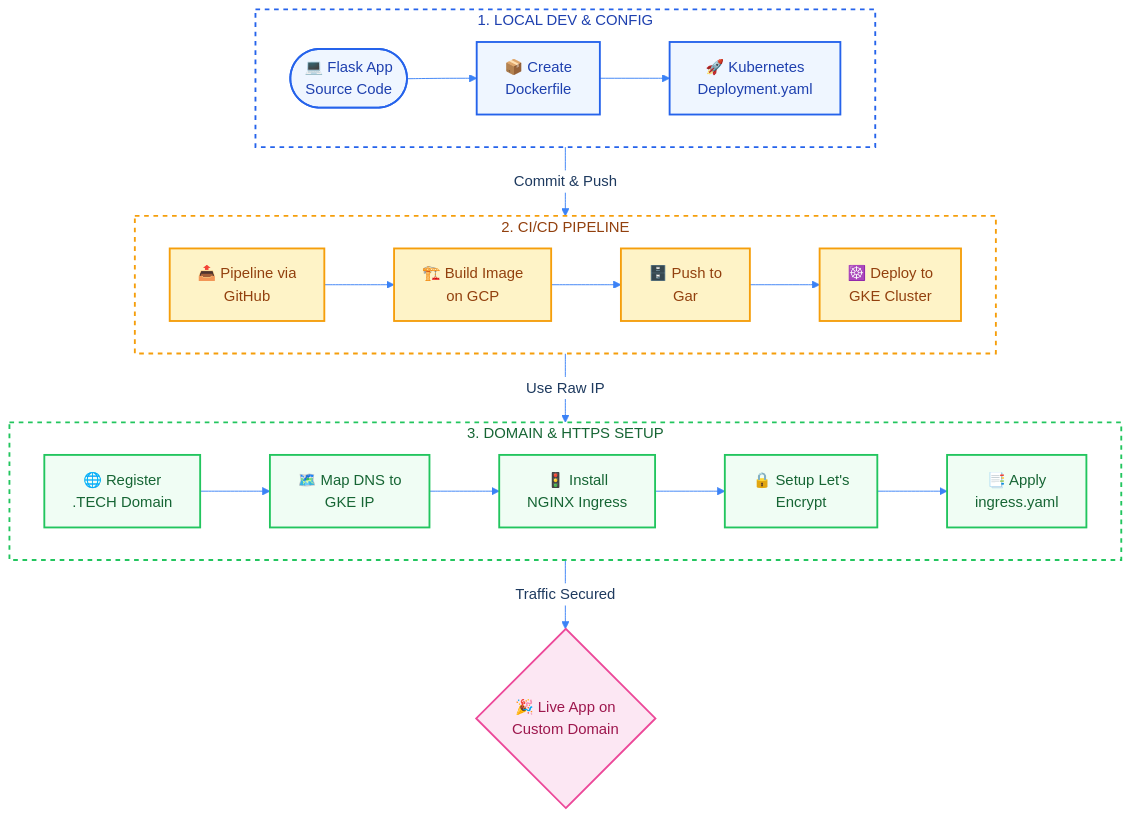
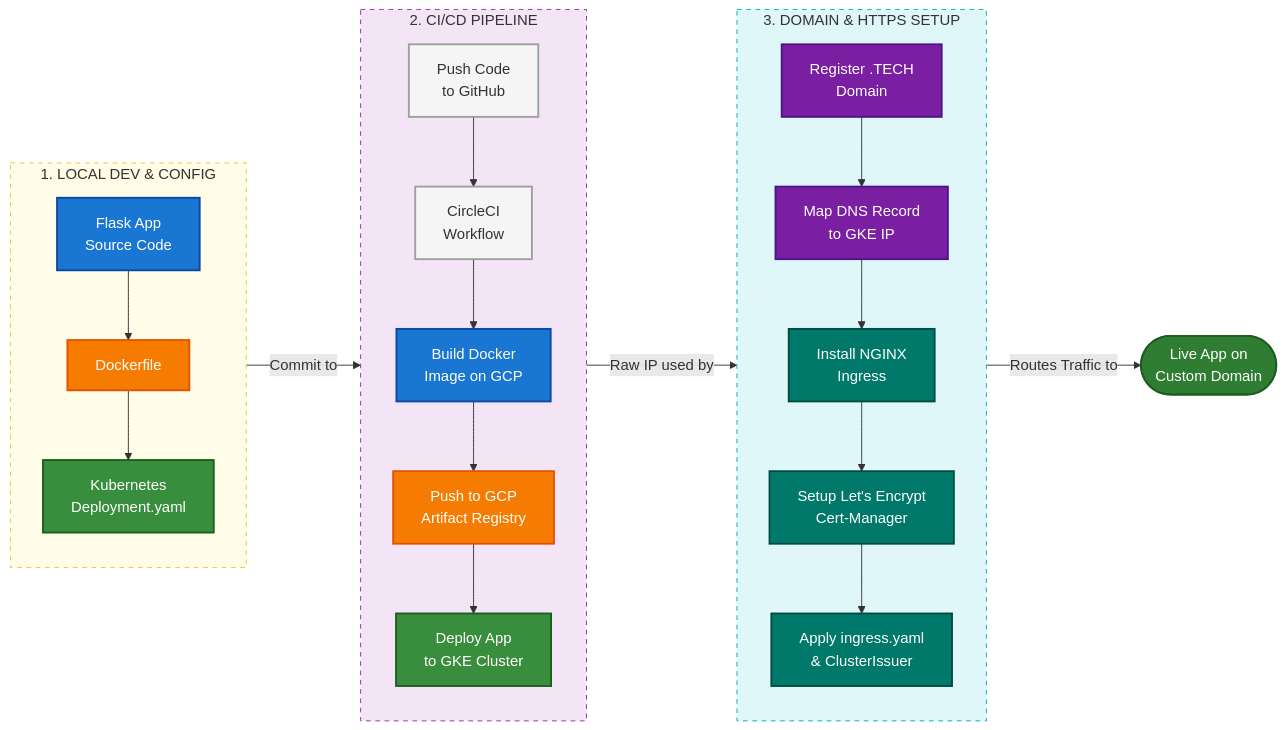
Before and after one commit to farhanrhine/Celebrity-Face-Detect-AI-Agent: the diagram in README.md, drawn with Mermaid.

````diff
--- a/README.md
+++ b/README.md
@@ -16,41 +16,60 @@
 ```mermaid
-%%{init: {'theme': 'base', 'themeVariables': {'primaryColor': '#dbeafe', 'primaryTextColor': '#1e3a5f', 'primaryBorderColor': '#2563eb', 'lineColor': '#3b82f6', 'secondaryColor': '#f0fdf4', 'tertiaryColor': '#fef3c7', 'edgeLabelBackground': '#ffffff'}}}%%
-flowchart TD
-    classDef phase1 fill:#eff6ff,stroke:#2563eb,stroke-width:2px,color:#1e40af
-    classDef phase2 fill:#fef3c7,stroke:#f59e0b,stroke-width:2px,color:#92400e
-    classDef phase3 fill:#f0fdf4,stroke:#22c55e,stroke-width:2px,color:#166534
-    classDef live fill:#fce7f3,stroke:#ec4899,stroke-width:2px,color:#9d174d
+flowchart LR
+    %% Define Styles
+    classDef blueBox fill:#1976d2,stroke:#0d47a1,stroke-width:2px,color:#fff
+    classDef greenBox fill:#388e3c,stroke:#1b5e20,stroke-width:2px,color:#fff
+    classDef orangeBox fill:#f57c00,stroke:#e65100,stroke-width:2px,color:#fff
+    classDef purpleBox fill:#7b1fa2,stroke:#4a148c,stroke-width:2px,color:#fff
+    classDef darkGreenRound fill:#2e7d32,stroke:#1b5e20,stroke-width:2px,color:#fff
+    classDef tealBox fill:#00796b,stroke:#004d40,stroke-width:2px,color:#fff
+    classDef greyBox fill:#f5f5f5,stroke:#9e9e9e,stroke-width:2px,color:#333
 
     subgraph Phase1 [1. LOCAL DEV & CONFIG]
-        direction LR
-        A(["💻 Flask App<br>Source Code"]):::phase1 --> B["📦 Create<br>Dockerfile"]:::phase1
-        B --> C["🚀 Kubernetes<br>Deployment.yaml"]:::phase1
+        direction TB
+        App[Flask App<br>Source Code]:::blueBox
+        Docker[Dockerfile]:::orangeBox
+        K8s[Kubernetes<br>Deployment.yaml]:::greenBox
+        App --> Docker
+        Docker --> K8s
     end
 
     subgraph Phase2 [2. CI/CD PIPELINE]
-        direction LR
-        D["📤 Pipeline via<br>GitHub"]:::phase2 --> E["🏗️ Build Image<br>on GCP"]:::phase2
-        E --> F["🗄️ Push to<br>Gar"]:::phase2
-        F --> G["☸️ Deploy to<br>GKE Cluster"]:::phase2
+        direction TB
+        Git[Push Code<br>to GitHub]:::greyBox
+        Circle[CircleCI<br>Workflow]:::greyBox
+        Build[Build Docker<br>Image on GCP]:::blueBox
+        GAR[Push to GCP<br>Artifact Registry]:::orangeBox
+        GKE[Deploy App<br>to GKE Cluster]:::greenBox
+
+        Git --> Circle
+        Circle --> Build
+        Build --> GAR
+        GAR --> GKE
     end
 
     subgraph Phase3 [3. DOMAIN & HTTPS SETUP]
-        direction LR
-        H["🌐 Register<br>.TECH Domain"]:::phase3 --> I["🗺️ Map DNS to<br>GKE IP"]:::phase3
-        I --> J["🚦 Install<br>NGINX Ingress"]:::phase3
-        J --> K["🔒 Setup Let's<br>Encrypt"]:::phase3
-        K --> L["📑 Apply<br>ingress.yaml"]:::phase3
+        direction TB
+        Domain[Register .TECH<br>Domain]:::purpleBox
+        DNS[Map DNS Record<br>to GKE IP]:::purpleBox
+        Nginx[Install NGINX<br>Ingress]:::tealBox
+        Cert[Setup Let's Encrypt<br>Cert-Manager]:::tealBox
+        Ingress[Apply ingress.yaml<br>& ClusterIssuer]:::tealBox
+
+        Domain --> DNS
+        DNS --> Nginx
+        Nginx --> Cert
+        Cert --> Ingress
     end
 
-    M{"🎉 Live App on<br>Custom Domain"}:::live
+    Live([Live App on<br>Custom Domain]):::darkGreenRound
 
     %% Connections across subgraphs
-    C -->|"Commit & Push"| D
-    G -->|"Use Raw IP"| H
-    L -->|"Traffic Secured"| M
+    K8s --> |Commit to| Git
+    GKE --> |Raw IP used by| Domain
+    Ingress --> |Routes Traffic to| Live
 
     %% Subgraph Styling
-    style Phase1 fill:#ffffff,stroke:#2563eb,stroke-dasharray: 5 5,stroke-width:2px,color:#1e40af
-    style Phase2 fill:#ffffff,stroke:#f59e0b,stroke-dasharray: 5 5,stroke-width:2px,color:#92400e
-    style Phase3 fill:#ffffff,stroke:#22c55e,stroke-dasharray: 5 5,stroke-width:2px,color:#166534
+    style Phase1 fill:#fffde7,stroke:#fbc02d,stroke-dasharray: 5 5
+    style Phase2 fill:#f3e5f5,stroke:#9c27b0,stroke-dasharray: 5 5
+    style Phase3 fill:#e0f7fa,stroke:#00acc1,stroke-dasharray: 5 5
 ```
````
